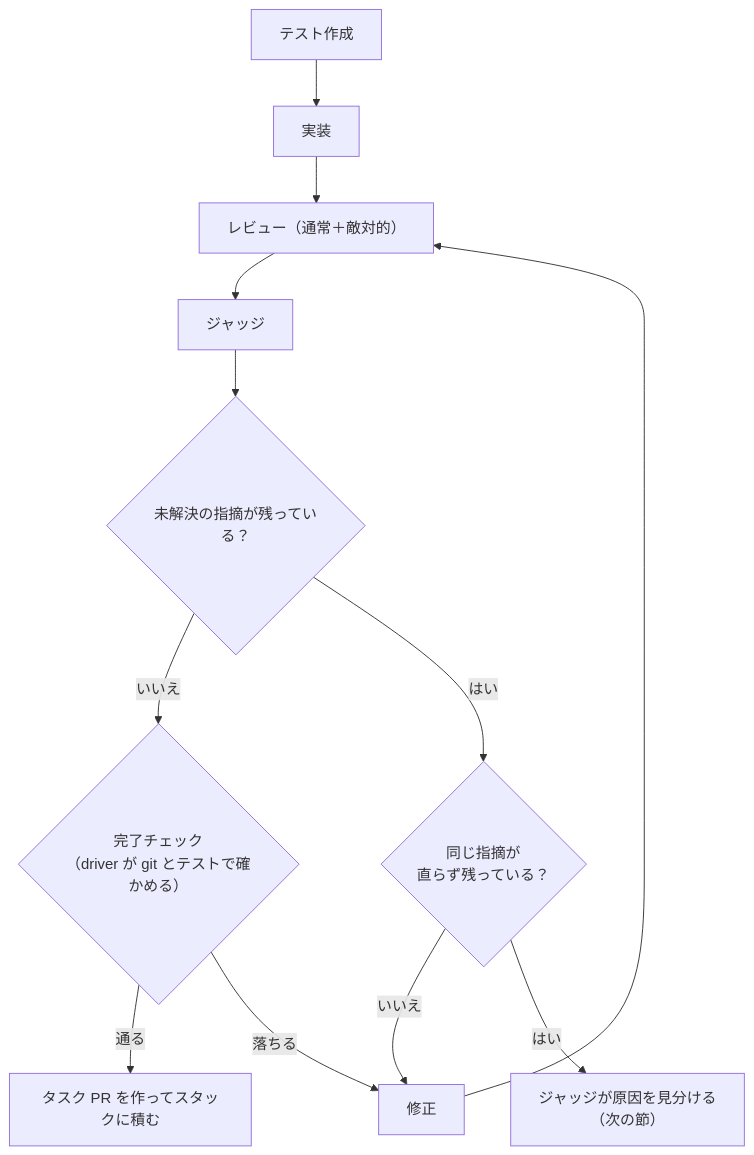
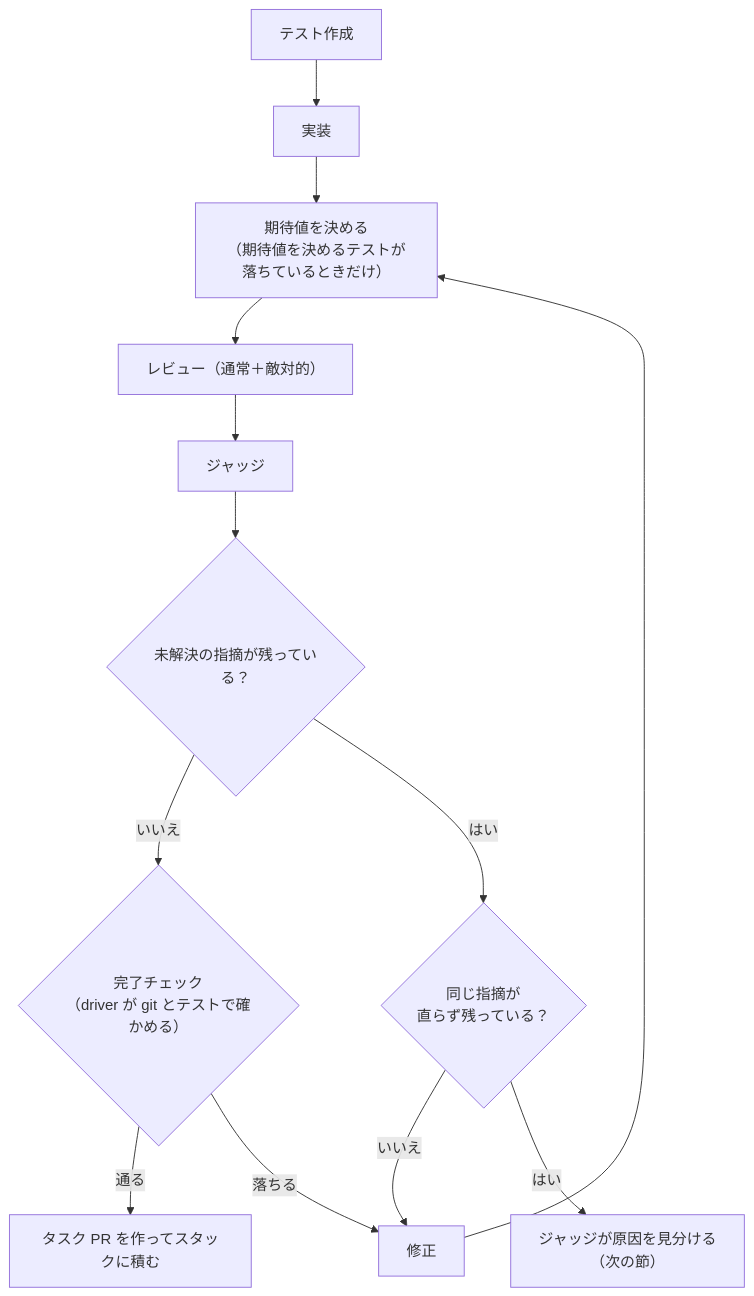
One commit to Luna-rab/dotfiles changed the second of 3 diagrams in dist/dot-claude/skills/autodev/README.md. Above: the diagram before and after it, drawn with Mermaid. The commit also changed other lines of this file and 18 other files, not shown here.

````diff
--- a/dist/dot-claude/skills/autodev/README.md
+++ b/dist/dot-claude/skills/autodev/README.md
@@ -59,12 +60,13 @@
 ```mermaid
 flowchart TD
-    tg["テスト作成"] --> impl["実装"] --> rv["レビュー（通常＋敵対的）"]
+    tg["テスト作成"] --> impl["実装"] --> ex["期待値を決める<br/>（期待値を決めるテストが落ちているときだけ）"]
+    ex --> rv["レビュー（通常＋敵対的）"]
     rv --> jd["ジャッジ"]
     jd --> q{"未解決の指摘が残っている？"}
     q -->|いいえ| gate{"完了チェック<br/>（driver が git とテストで確かめる）"}
     q -->|はい| stuck{"同じ指摘が<br/>直らず残っている？"}
-    stuck -->|いいえ| fix["修正"] --> rv
+    stuck -->|いいえ| fix["修正"] --> ex
     stuck -->|はい| cause["ジャッジが原因を見分ける<br/>（次の節）"]
     gate -->|通る| pr["タスク PR を作ってスタックに積む"]
     gate -->|落ちる| fix
 ```
````
